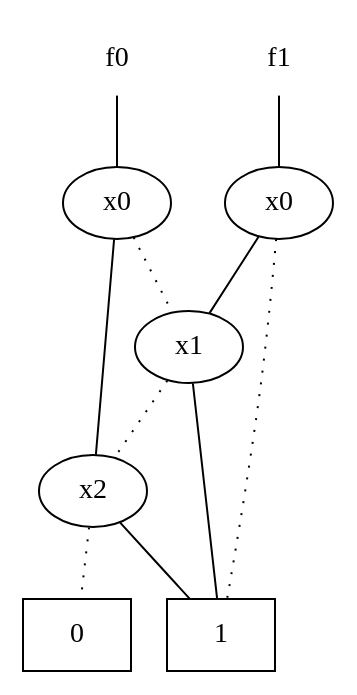
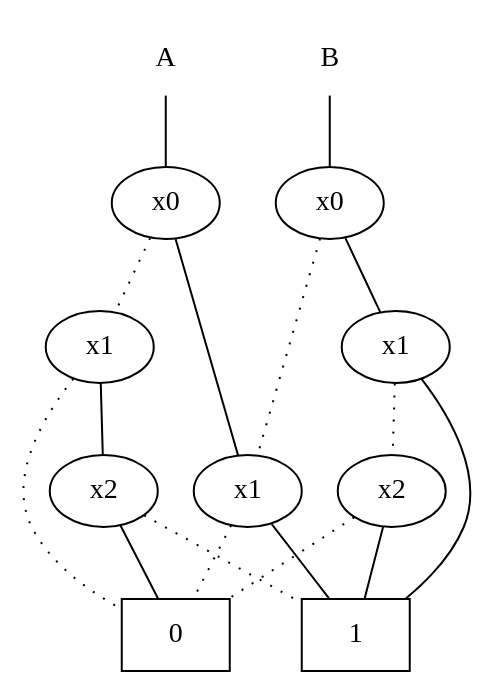
One commit to sventhijssen/SBDD changed the diagram in SBDD/export.dot. Above: the diagram before and after it, drawn with Graphviz. The commit also changed 5 other files, not shown here.

```diff
--- a/SBDD/export.dot
+++ b/SBDD/export.dot
@@ -1,20 +1,29 @@
 graph sbdd { 
-f0[shape="plaintext"];
-f0 -- 4;
-f1[shape="plaintext"];
-f1 -- 5;
+A[shape="plaintext"];
+A -- 5;
+B[shape="plaintext"];
+B -- 8;
 1[shape="box"];
 0[shape="box"];
 2[label="x2"];
 3[label="x1"];
-4[label="x0"];
+4[label="x1"];
 5[label="x0"];
-2 -- 0 [style="dotted"];
-2 -- 1;
-3 -- 2 [style="dotted"];
-3 -- 1;
-4 -- 3 [style="dotted"];
-4 -- 2;
-5 -- 1 [style="dotted"];
-5 -- 3;
+6[label="x2"];
+7[label="x1"];
+8[label="x0"];
+2 -- 1 [style="dotted"];
+2 -- 0;
+3 -- 0 [style="dotted"];
+3 -- 2;
+4 -- 0 [style="dotted"];
+4 -- 1;
+5 -- 3 [style="dotted"];
+5 -- 4;
+6 -- 0 [style="dotted"];
+6 -- 1;
+7 -- 6 [style="dotted"];
+7 -- 1;
+8 -- 4 [style="dotted"];
+8 -- 7;
  }
```
